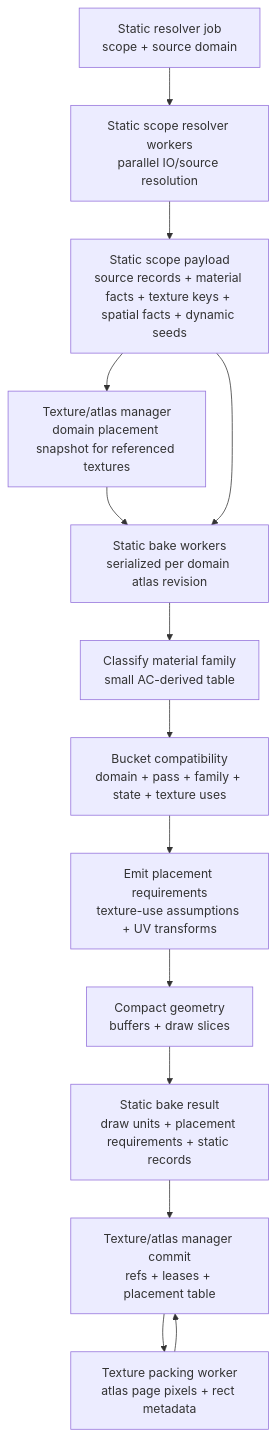
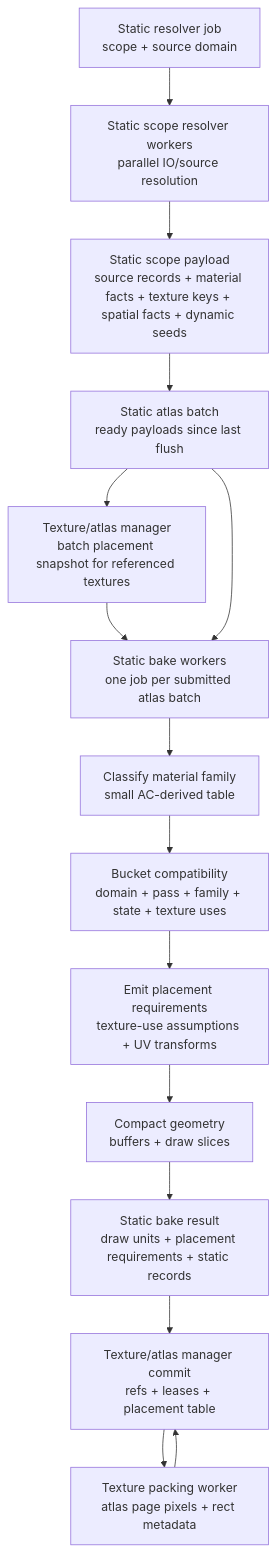
Before and after one commit to merklejerk/holtburger: the tenth of 22 diagrams in docs/plans/holtburger-3d-frontend-v2-design.md, drawn with Mermaid. The commit also changed other lines of this file and 7 other files, not shown here.

````diff
--- a/docs/plans/holtburger-3d-frontend-v2-design.md
+++ b/docs/plans/holtburger-3d-frontend-v2-design.md
@@ -770,22 +772,23 @@
 ```mermaid
 flowchart TB
   Request["Static resolver job<br/>scope + source domain"]
   Resolver["Static scope resolver workers<br/>parallel IO/source resolution"]
   Payload["Static scope payload<br/>source records + material facts + texture keys + spatial facts + dynamic seeds"]
-  Atlas["Texture/atlas manager<br/>domain placement snapshot for referenced textures"]
-  Baker["Static bake workers<br/>serialized per domain atlas revision"]
+  Batch["Static atlas batch<br/>ready payloads since last flush"]
+  Atlas["Texture/atlas manager<br/>batch placement snapshot for referenced textures"]
+  Baker["Static bake workers<br/>one job per submitted atlas batch"]
   Classify["Classify material family<br/>small AC-derived table"]
   Bucket["Bucket compatibility<br/>domain + pass + family + state + texture uses"]
   Placement["Emit placement requirements<br/>texture-use assumptions + UV transforms"]
   Compact["Compact geometry<br/>buffers + draw slices"]
   Product["Static bake result<br/>draw units + placement requirements + static records"]
   Packer["Texture packing worker<br/>atlas page pixels + rect metadata"]
   Commit["Texture/atlas manager commit<br/>refs + leases + placement table"]
 
-  Request --> Resolver --> Payload
-  Payload --> Atlas --> Baker
-  Payload --> Baker
+  Request --> Resolver --> Payload --> Batch
+  Batch --> Atlas --> Baker
+  Batch --> Baker
   Baker --> Classify --> Bucket --> Placement --> Compact --> Product
   Product --> Commit
   Commit --> Packer --> Commit
 ```
````
